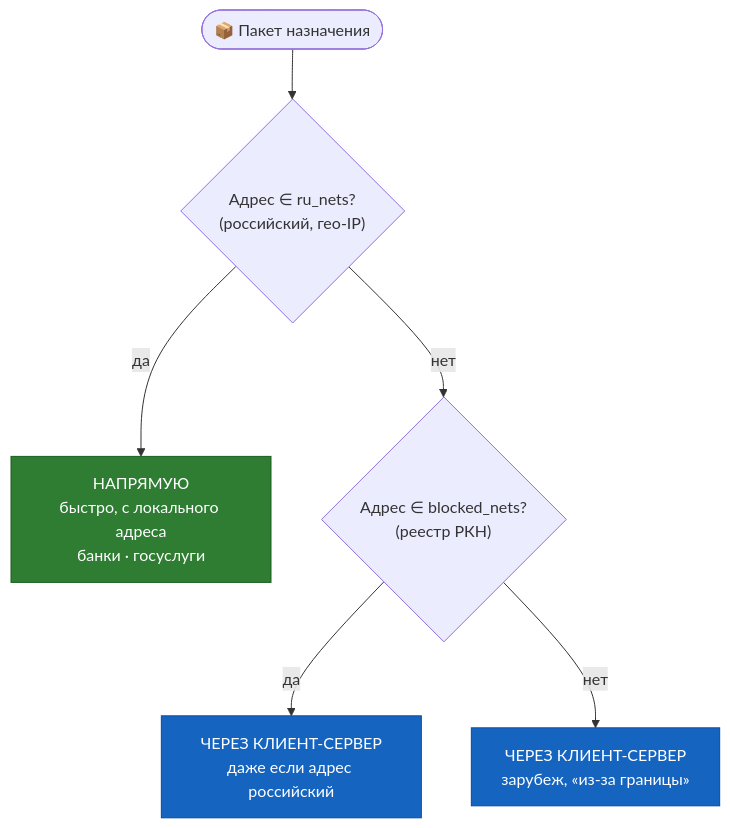
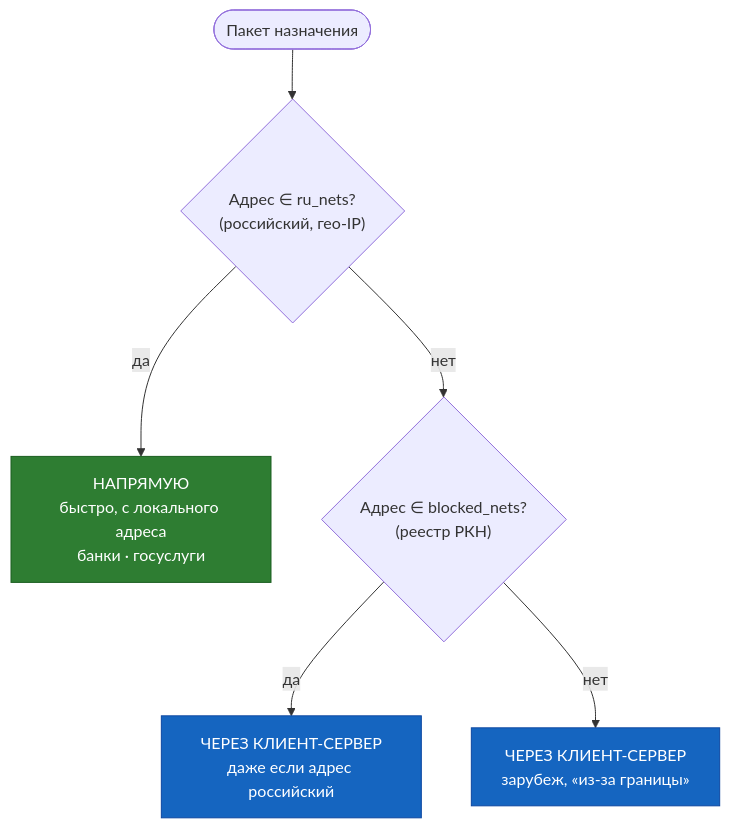
Before and after one commit to AnDyQnn/vpn_awg_2_VPS_pub: the second of 2 diagrams in Readme.md, drawn with Mermaid. The commit also changed other lines of this file and 2 other files, not shown here.

First line of the commit message:
Баннер без CSS, цветные индикаторы; документация без эмодзи, схемы в цвете

````diff
--- a/Readme.md
+++ b/Readme.md
@@ -147,12 +151,12 @@
 ```mermaid
 flowchart TD
-    P(["📦 Пакет назначения"]) --> A{"Адрес ∈ ru_nets?<br/>(российский, гео-IP)"}
+    P([" Пакет назначения"]) --> A{"Адрес ∈ ru_nets?<br/>(российский, гео-IP)"}
     A -->|да| D["НАПРЯМУЮ<br/>быстро, с локального адреса<br/>банки · госуслуги"]
     A -->|нет| B{"Адрес ∈ blocked_nets?<br/>(реестр РКН)"}
     B -->|да| G["ЧЕРЕЗ КЛИЕНТ-СЕРВЕР<br/>даже если адрес российский"]
     B -->|нет| G2["ЧЕРЕЗ КЛИЕНТ-СЕРВЕР<br/>зарубеж, «из-за границы»"]
 
     style D fill:#2e7d32,stroke:#1b5e20,color:#fff
     style G fill:#1565c0,stroke:#0d47a1,color:#fff
     style G2 fill:#1565c0,stroke:#0d47a1,color:#fff
 ```
````
